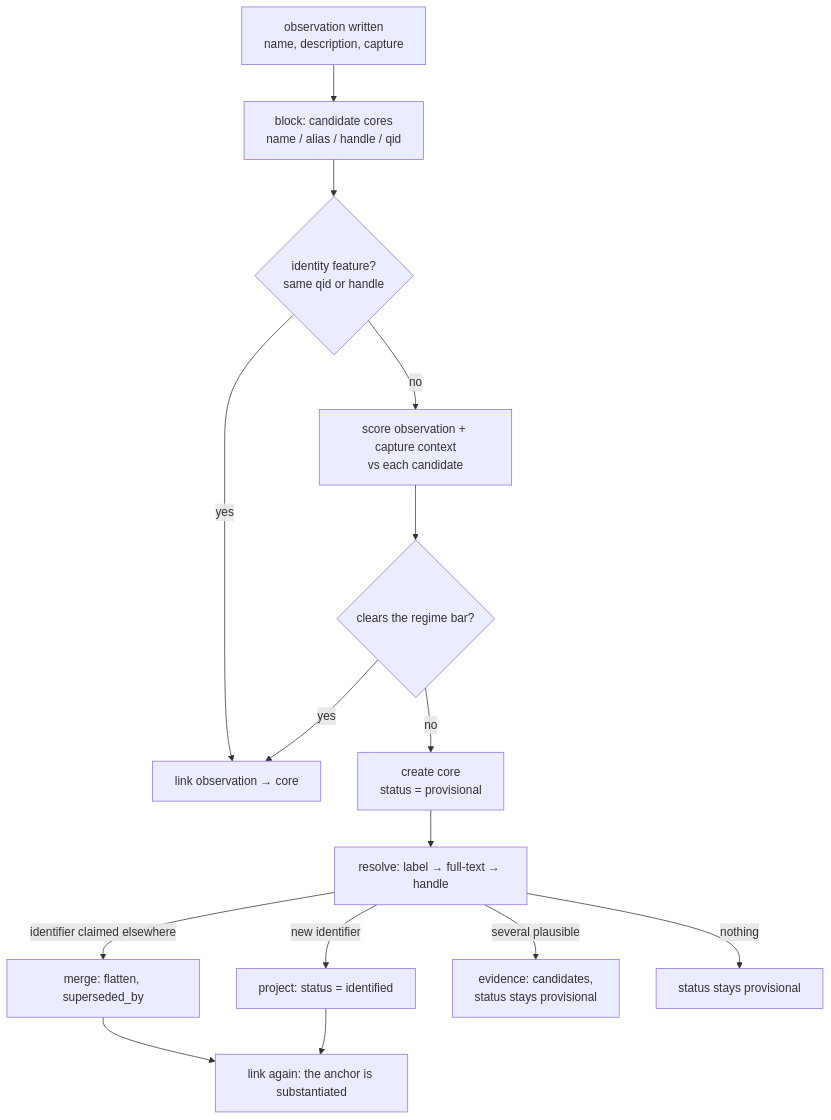
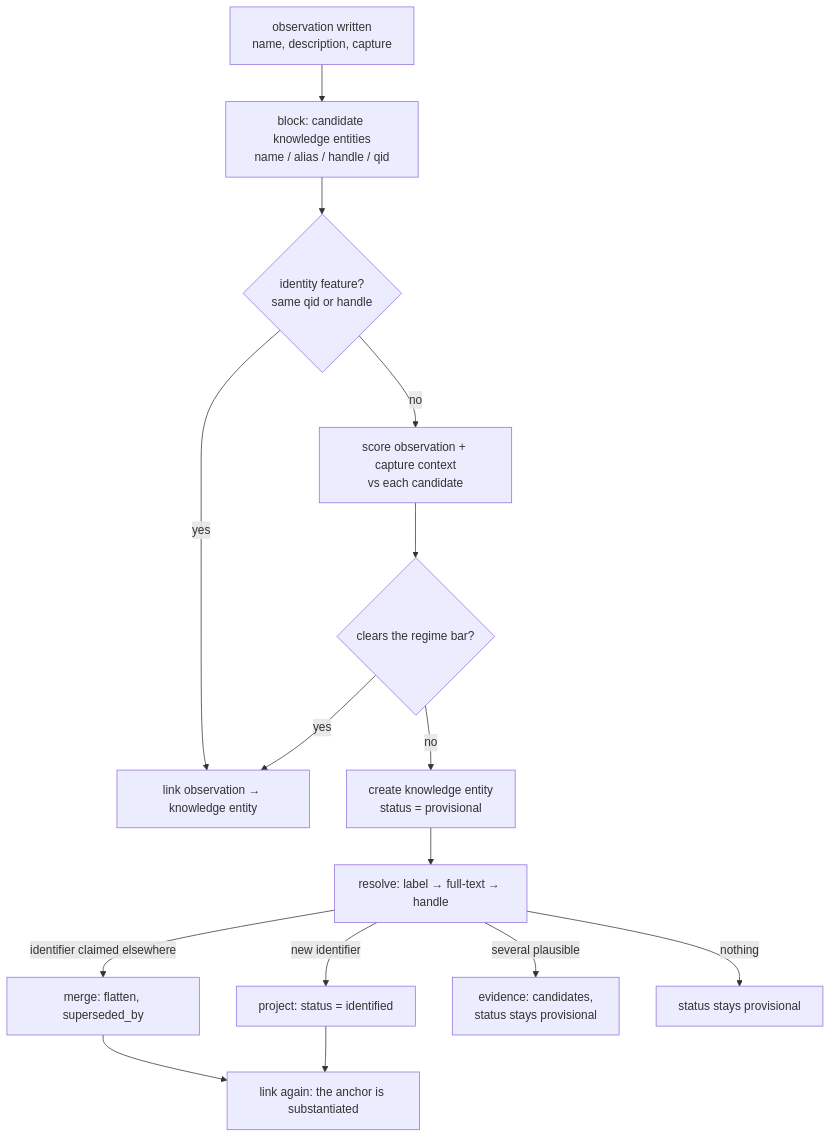
The diagram in plan/knowledge-canonical-entities.md (mdrcode/dreamscroll), drawn with Mermaid before and after one commit. The commit also changed other lines of this file and 45 other files, not shown here.

````diff
--- a/plan/knowledge-canonical-entities.md
+++ b/plan/knowledge-canonical-entities.md
@@ -333,17 +334,17 @@
 ```mermaid
 flowchart TD
-  O[observation written<br/>name, description, capture] --> B[block: candidate cores<br/>name / alias / handle / qid]
+  O[observation written<br/>name, description, capture] --> B[block: candidate knowledge entities<br/>name / alias / handle / qid]
   B --> F{identity feature?<br/>same qid or handle}
-  F -->|yes| L[link observation → core]
+  F -->|yes| L[link observation → knowledge entity]
   F -->|no| S[score observation + capture context<br/>vs each candidate]
   S --> D{clears the regime bar?}
   D -->|yes| L
-  D -->|no| N[create core<br/>status = provisional]
+  D -->|no| N[create knowledge entity<br/>status = provisional]
   N --> R[resolve: label → full-text → handle]
   R -->|identifier claimed elsewhere| M[merge: flatten, superseded_by]
   R -->|new identifier| P[project: status = identified]
   R -->|several plausible| A[evidence: candidates,<br/>status stays provisional]
   R -->|nothing| U[status stays provisional]
   M --> L2[link again: the anchor is substantiated]
   P --> L2
 ```
````
